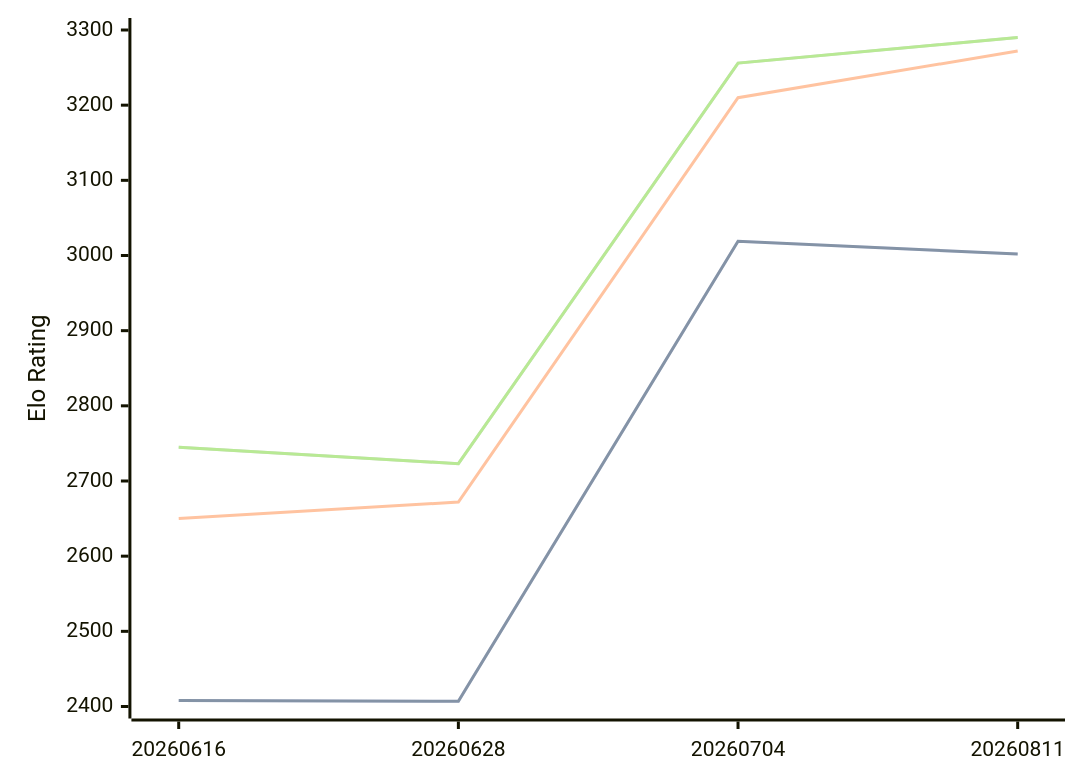
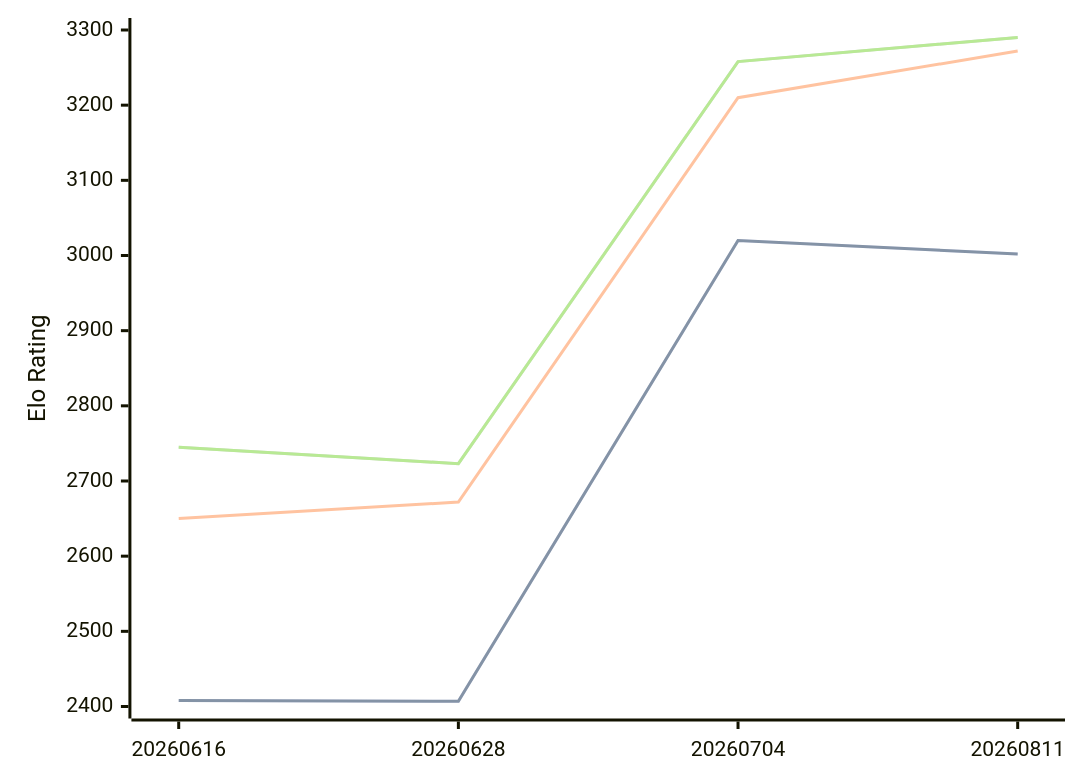
Before and after one commit to computer-chess-index/cci: the diagram in engines/Askaig.md, drawn with Mermaid. The commit also changed other lines of this file, not shown here.

Commit message:
Update CCI Ratings (ELO VLTC) - 2026-09-08

````diff
--- a/engines/Askaig.md
+++ b/engines/Askaig.md
@@ -36,11 +36,11 @@
 ```mermaid
 %%{init: {"theme":"base","themeVariables":{"seriesColors:['#a3a3a3','#222221','#faa371']}}}%%
 xychart-beta
   x-axis ["20260616", "20260628", "20260704", "20260811"]
   y-axis "Elo Rating" 2400 --> 3300
-  line "" [2408, 2407, 3019, 3002]
-  line "STC (8.0+0.08s)" [2408, 2407, 3019, 3002]
+  line "" [2408, 2407, 3020, 3002]
+  line "STC (8.0+0.08s)" [2408, 2407, 3020, 3002]
   line "LTC (60.0+0.60s)" [2650, 2672, 3210, 3272]
-  line "" [2745, 2723, 3256, 3290]
-  line "VLTC (2m24s+1.12s)" [2745, 2723, 3256, 3290]
+  line "" [2745, 2723, 3258, 3290]
+  line "VLTC (2m24s+1.12s)" [2745, 2723, 3258, 3290]
 ```
````
